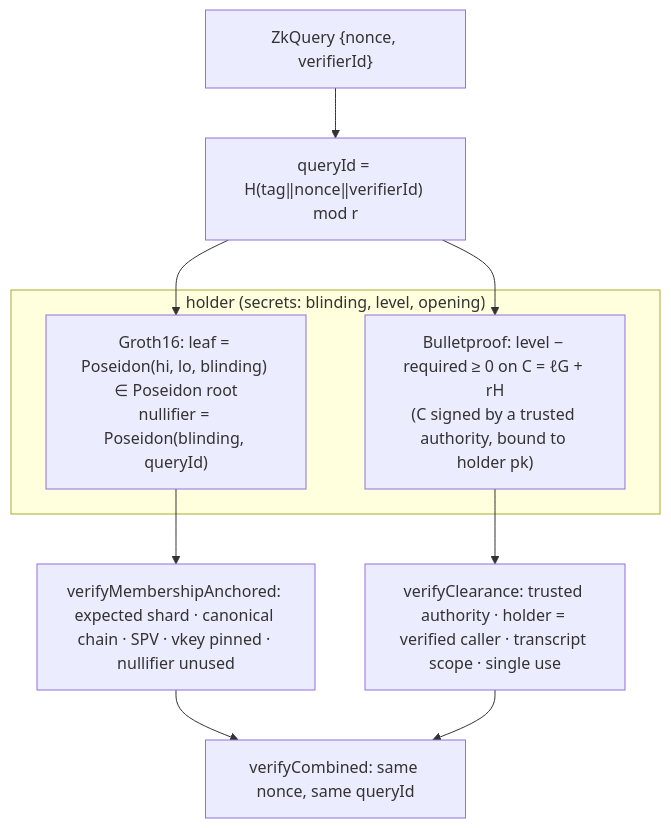
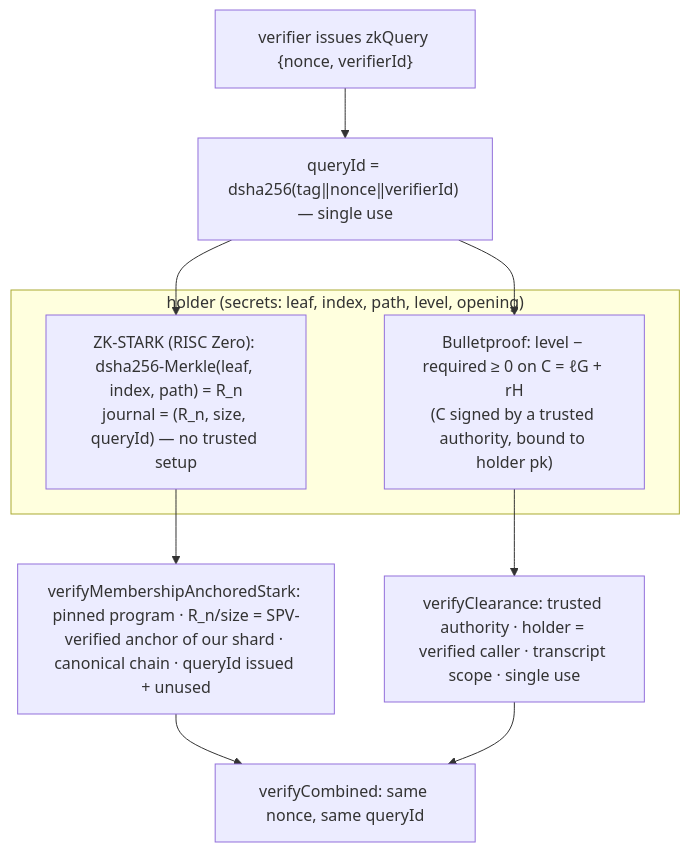
The eighth of 14 diagrams in docs/ARCHITECTURE.md (kryptokrates/nektar), drawn with Mermaid before and after one commit. The commit also changed other lines of this file and 9 other files, not shown here.

````diff
--- a/docs/ARCHITECTURE.md
+++ b/docs/ARCHITECTURE.md
@@ -172,12 +172,12 @@
 ```mermaid
 flowchart TB
-  q["ZkQuery {nonce, verifierId}"] --> qid["queryId = H(tag‖nonce‖verifierId) mod r"]
-  subgraph holder["holder (secrets: blinding, level, opening)"]
-    mem["Groth16: leaf = Poseidon(hi, lo, blinding) ∈ Poseidon root<br/>nullifier = Poseidon(blinding, queryId)"]
+  q["verifier issues zkQuery {nonce, verifierId}"] --> qid["queryId = dsha256(tag‖nonce‖verifierId) — single use"]
+  subgraph holder["holder (secrets: leaf, index, path, level, opening)"]
+    mem["ZK-STARK (RISC Zero): dsha256-Merkle(leaf, index, path) = R_n<br/>journal = (R_n, size, queryId) — no trusted setup"]
     clr["Bulletproof: level − required ≥ 0 on C = ℓG + rH<br/>(C signed by a trusted authority, bound to holder pk)"]
   end
   qid --> mem & clr
-  mem --> v1["verifyMembershipAnchored: expected shard · canonical chain · SPV · vkey pinned · nullifier unused"]
+  mem --> v1["verifyMembershipAnchoredStark: pinned program · R_n/size = SPV-verified anchor of our shard · canonical chain · queryId issued + unused"]
   clr --> v2["verifyClearance: trusted authority · holder = verified caller · transcript scope · single use"]
   v1 & v2 --> comb["verifyCombined: same nonce, same queryId"]
 ```
````
